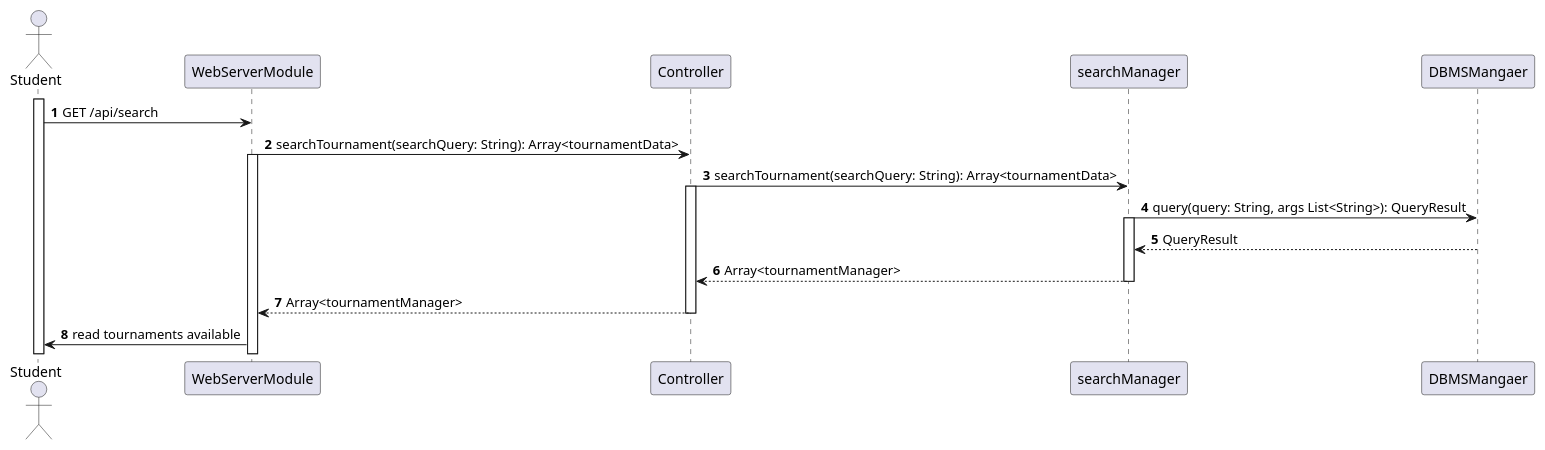
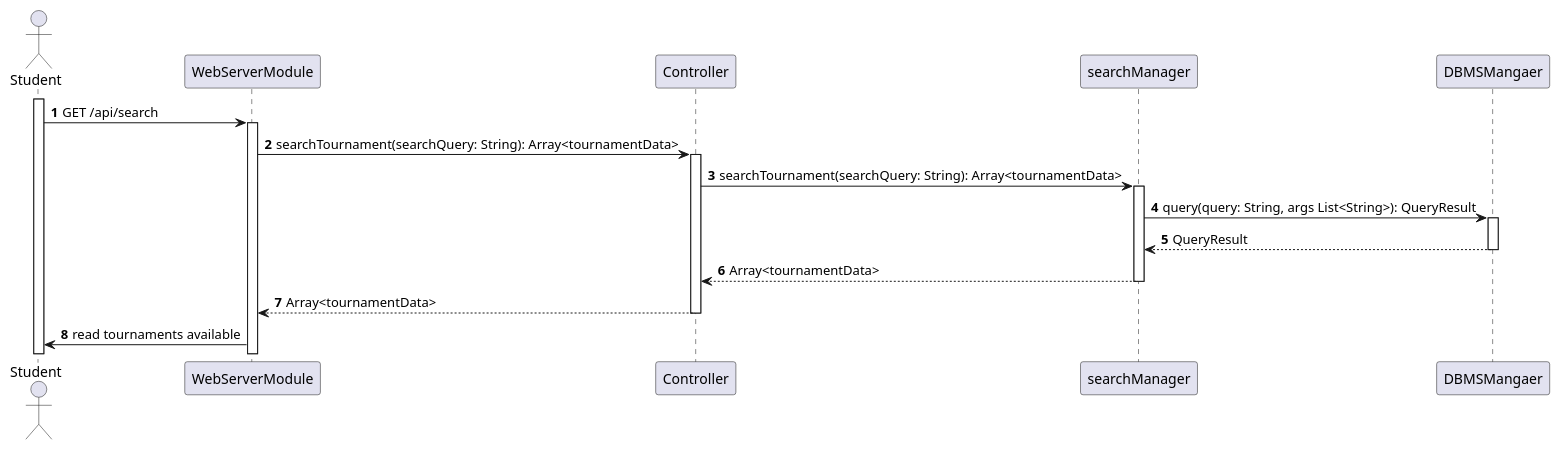
One commit to Angelo7672/SE2_Requirement-and-Design-Document changed the diagram in _DD/Images/sequenceDiagrams/studentSearchesForTournament.wsd. Above: the diagram before and after it, drawn with PlantUML. The commit also changed 8 other files, not shown here.

```diff
--- a/_DD/Images/sequenceDiagrams/studentSearchesForTournament.wsd
+++ b/_DD/Images/sequenceDiagrams/studentSearchesForTournament.wsd
@@ -1,28 +1,30 @@
 @startuml
 
 autonumber
 actor Student as U
 participant searchManager as SM
 participant WebServerModule as WS
 participant Controller as C
 participant searchMangaer as SM
 participant DBMSMangaer as DBMS
 
 activate U
 U->WS: GET /api/search
+activate WS
 WS->C: searchTournament(searchQuery: String): Array<tournamentData>
-activate WS 
+activate C 
 C->SM: searchTournament(searchQuery: String): Array<tournamentData>
-activate C
+activate SM
 SM->DBMS: query(query: String, args List<String>): QueryResult
-activate SM
+activate DBMS
 DBMS-->SM: QueryResult
-SM-->C: Array<tournamentManager>
+deactivate DBMS
+SM-->C: Array<tournamentData>
 deactivate SM
-C-->WS: Array<tournamentManager>
+C-->WS: Array<tournamentData>
 deactivate C
 WS->U: read tournaments available
 
 
 
 @enduml
```
